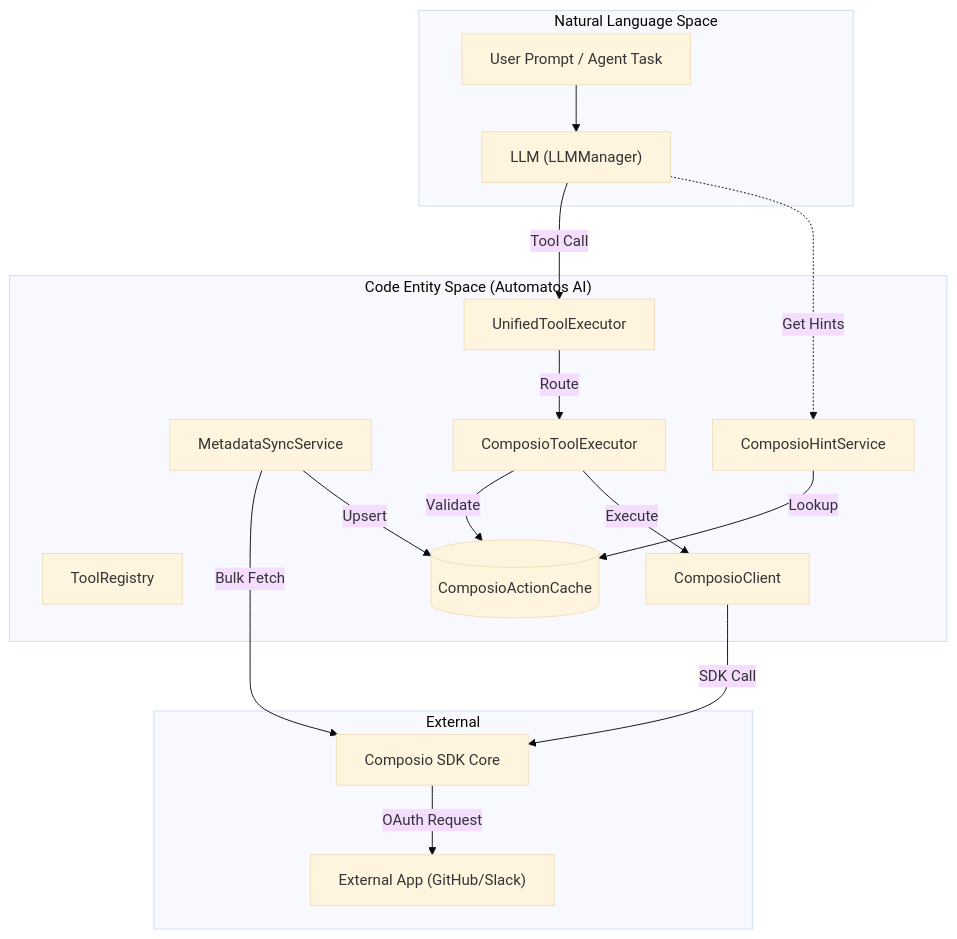
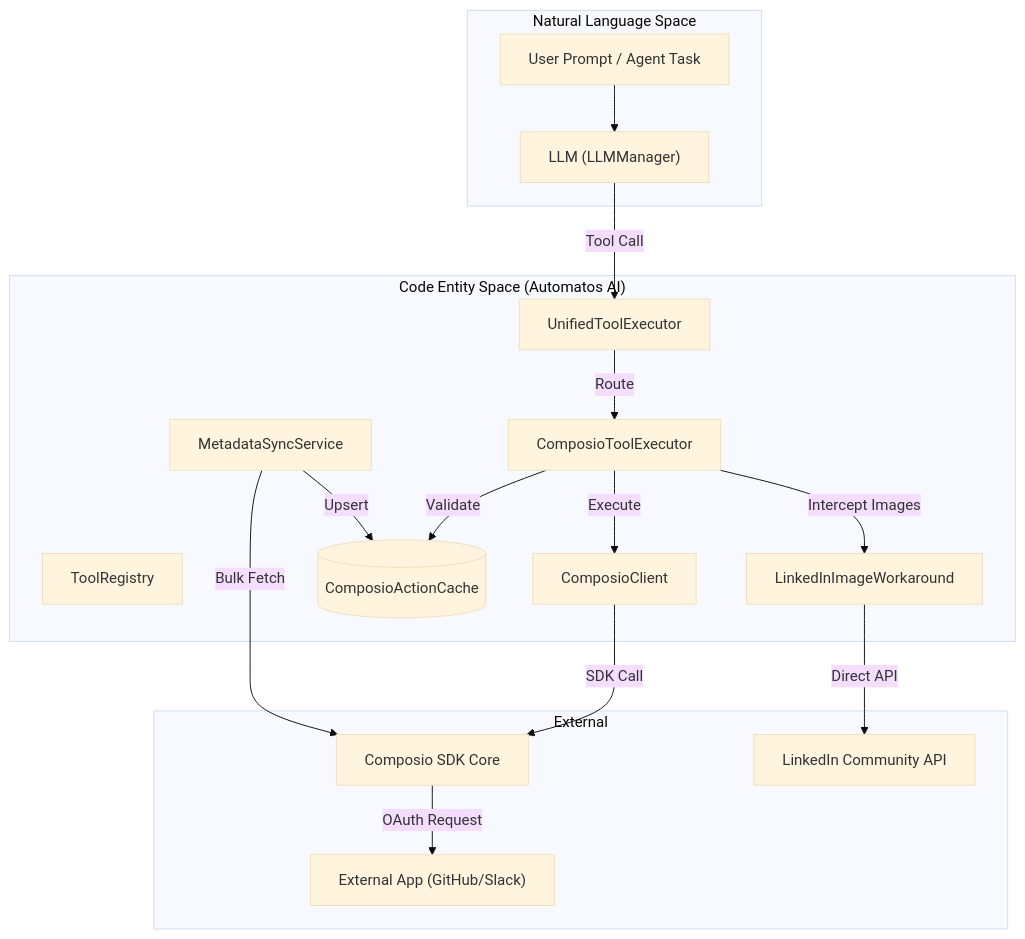
Before and after one commit to AutomatosAI/automatos-ai: the first of 2 diagrams in docs/tools-integrations/composio-integration.md, drawn with Mermaid (base theme). The commit also changed other lines of this file and 153 other files, not shown here.

````diff
--- a/docs/tools-integrations/composio-integration.md
+++ b/docs/tools-integrations/composio-integration.md
@@ -58,34 +48,35 @@
 ```mermaid
 graph TB
     subgraph "Natural Language Space"
         UserPrompt["User Prompt / Agent Task"]
         LLM["LLM (LLMManager)"]
     end
 
     subgraph "Code Entity Space (Automatos AI)"
         ToolRegistry["ToolRegistry"]
         MetadataSync["MetadataSyncService"]
         ActionCache[("ComposioActionCache")]
         UnifiedExec["UnifiedToolExecutor"]
         CompExec["ComposioToolExecutor"]
         CompClient["ComposioClient"]
-        HintService["ComposioHintService"]
+        LinkedInWorkaround["LinkedInImageWorkaround"]
     end
 
     subgraph "External"
         ComposioSDK["Composio SDK Core"]
         ExternalApp["External App (GitHub/Slack)"]
+        LinkedInAPI["LinkedIn Community API"]
     end
 
     UserPrompt --> LLM
     MetadataSync -->|Bulk Fetch| ComposioSDK
     MetadataSync -->|Upsert| ActionCache
     LLM -->|Tool Call| UnifiedExec
     UnifiedExec -->|Route| CompExec
     CompExec -->|Validate| ActionCache
     CompExec -->|Execute| CompClient
     CompClient -->|SDK Call| ComposioSDK
+    CompExec -->|Intercept Images| LinkedInWorkaround
+    LinkedInWorkaround -->|Direct API| LinkedInAPI
     ComposioSDK -->|OAuth Request| ExternalApp
-    LLM -.->|Get Hints| HintService
-    HintService -->|Lookup| ActionCache
 ```
````
